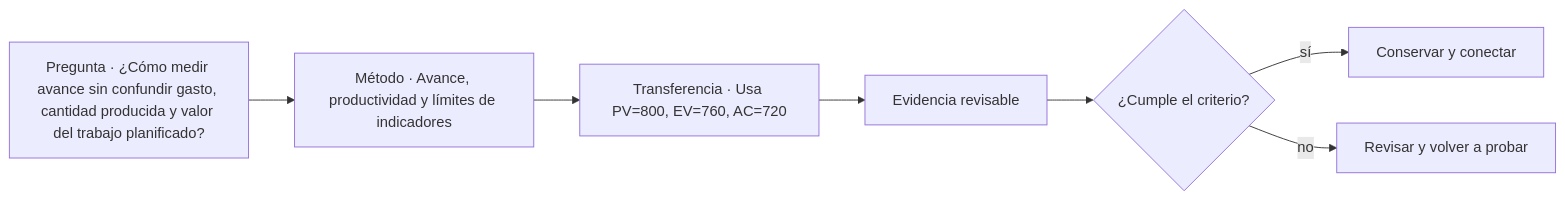
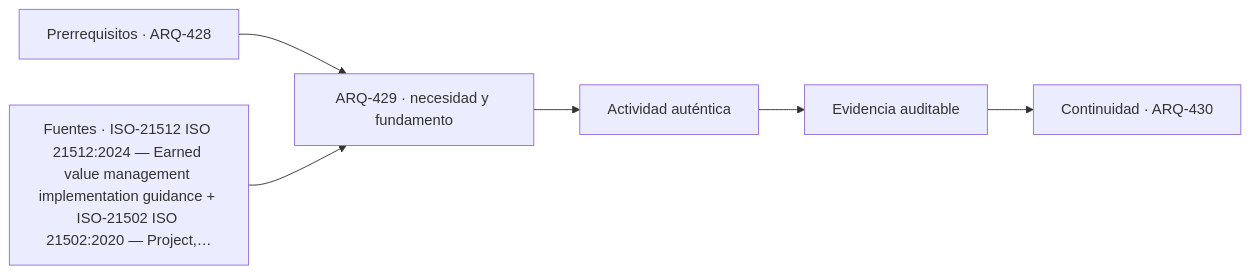
Before and after one commit to vladimiracunadev-create/architecture-built-environment-learning-program: the diagram in classes/parte-43/ARQ-429.md, drawn with Mermaid. The commit also changed other lines of this file and 761 other files, not shown here.

````diff
--- a/classes/parte-43/ARQ-429.md
+++ b/classes/parte-43/ARQ-429.md
@@ -75,9 +87,8 @@
 ```mermaid
 flowchart LR
-    Q["Pregunta · ¿Cómo medir avance sin confundir gasto, cantidad producida y valor del trabajo planificado?"] --> M["Método · Avance, productividad y límites de indicadores"]
-    M --> P["Transferencia · Usa PV=800, EV=760, AC=720"]
-    P --> E["Evidencia revisable"]
-    E --> C{"¿Cumple el criterio?"}
-    C -->|sí| T["Conservar y conectar"]
-    C -->|no| R["Revisar y volver a probar"]
+    A["Prerrequisitos · ARQ-428"] --> B["ARQ-429 · necesidad y fundamento"]
+    S["Fuentes · ISO-21512 ISO 21512:2024 — Earned value management implementation guidance + ISO-21502 ISO 21502:2020 — Project,…"] --> B
+    B --> C["Actividad auténtica"]
+    C --> D["Evidencia auditable"]
+    D --> E["Continuidad · ARQ-430"]
 ```
````
